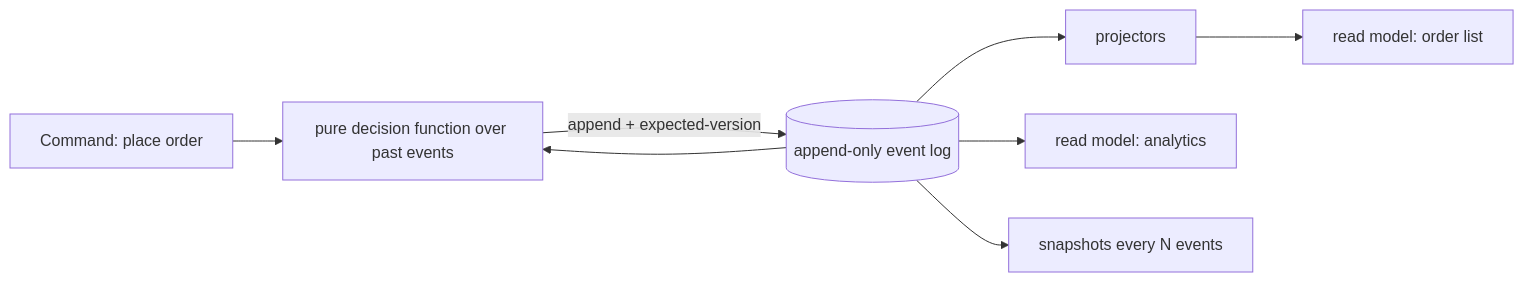
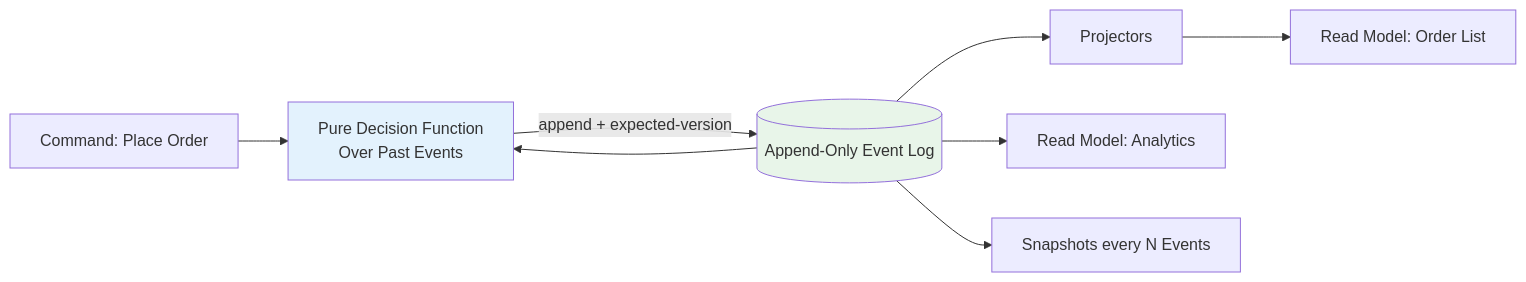
Before and after one commit to kotiansukesh/Engineering-Knowledge-System: the diagram in Architect/06_Data-Architecture/03_Event-Sourcing-CQRS.md, drawn with Mermaid. The commit also changed other lines of this file and 546 other files, not shown here.

````diff
--- a/Architect/06_Data-Architecture/03_Event-Sourcing-CQRS.md
+++ b/Architect/06_Data-Architecture/03_Event-Sourcing-CQRS.md
@@ -14,9 +25,11 @@
 ```mermaid
 graph LR
- CMD[Command: place order] --> DEC[pure decision function over past events]
- LOG[(append-only event log)] --> DEC
- DEC -->|append + expected-version| LOG
- LOG --> PROJ[projectors] --> V1[read model: order list]
- LOG --> V2[read model: analytics]
- LOG --> SNAP[snapshots every N events]
+    CMD[Command: Place Order] --> DEC[Pure Decision Function<br/>Over Past Events]
+    LOG[(Append-Only Event Log)] --> DEC
+    DEC -->|append + expected-version| LOG
+    LOG --> PROJ[Projectors] --> V1[Read Model: Order List]
+    LOG --> V2[Read Model: Analytics]
+    LOG --> SNAP[Snapshots every N Events]
+    style LOG fill:#e8f5e9
+    style DEC fill:#e3f2fd
 ```
````
